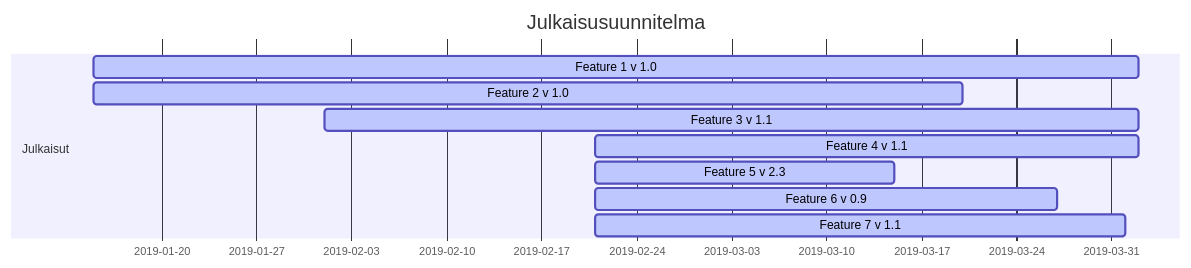
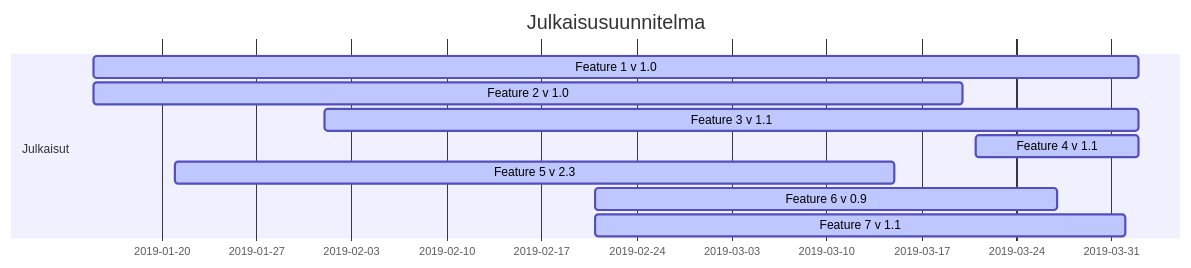
The diagram in dokumentaatio/04-julkaisusuunnitelma/julkaisusuunnitelma.md (ninaleo/ransut-core), drawn with Mermaid before and after one commit.

````diff
--- a/dokumentaatio/04-julkaisusuunnitelma/julkaisusuunnitelma.md
+++ b/dokumentaatio/04-julkaisusuunnitelma/julkaisusuunnitelma.md
@@ -4,14 +4,14 @@
 ```mermaid
 gantt
     title Julkaisusuunnitelma
     dateFormat  DD-MM-YYYY
     section Julkaisut
     Feature 1  v 1.0       :active,v 1.0, 15-01-2019, 02-04-2019
     Feature 2  v 1.0       :active,v 1.0, 15-01-2019, 20-03-2019
     Feature 3  v 1.1       :active,v 1.0, 01-02-2019, 02-04-2019
-    Feature 4  v 1.1       :active,v 1.0, 21-02-2019, 02-04-2019
-    Feature 5  v 2.3       :active,v 1.0, 21-02-2019, 15-03-2019
+    Feature 4  v 1.1       :active,v 1.0, 21-03-2019, 02-04-2019
+    Feature 5  v 2.3       :active,v 1.0, 21-01-2019, 15-03-2019
     Feature 6  v 0.9       :active,v 1.0, 21-02-2019, 27-03-2019
     Feature 7  v 1.1       :active,v 1.0, 21-02-2019, 01-04-2019
 
 ```
````
